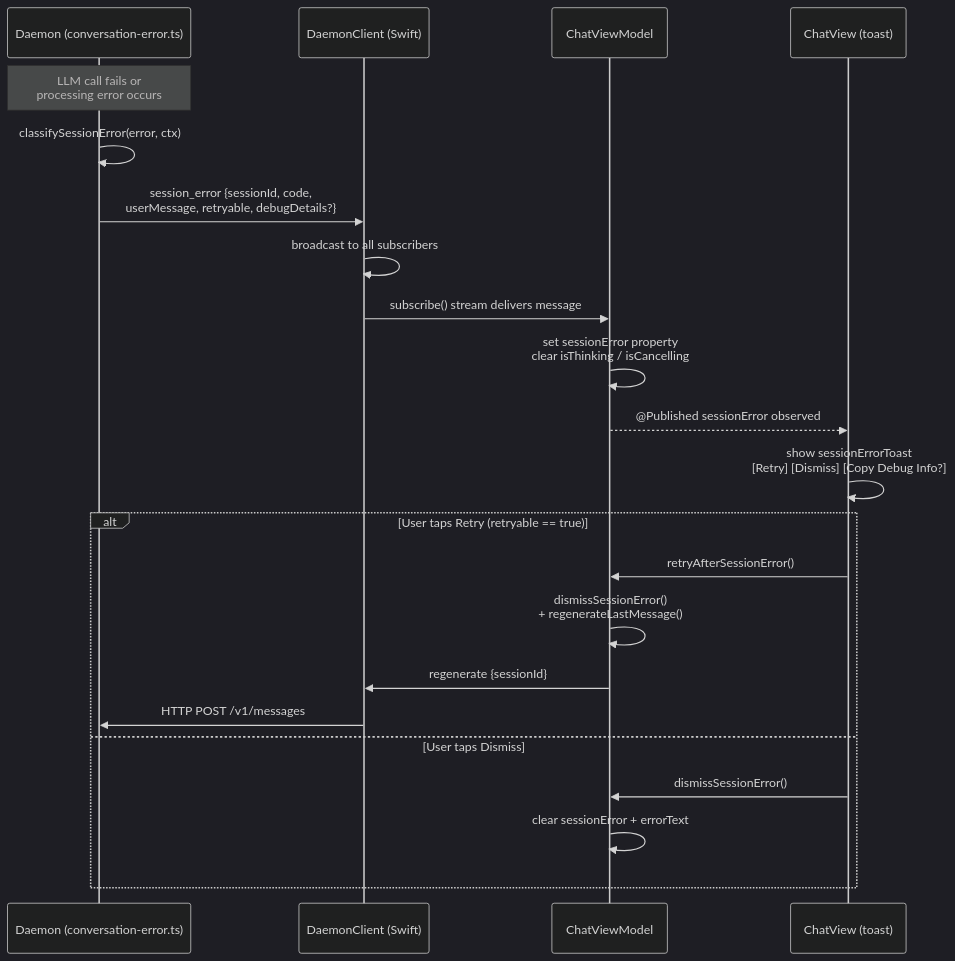
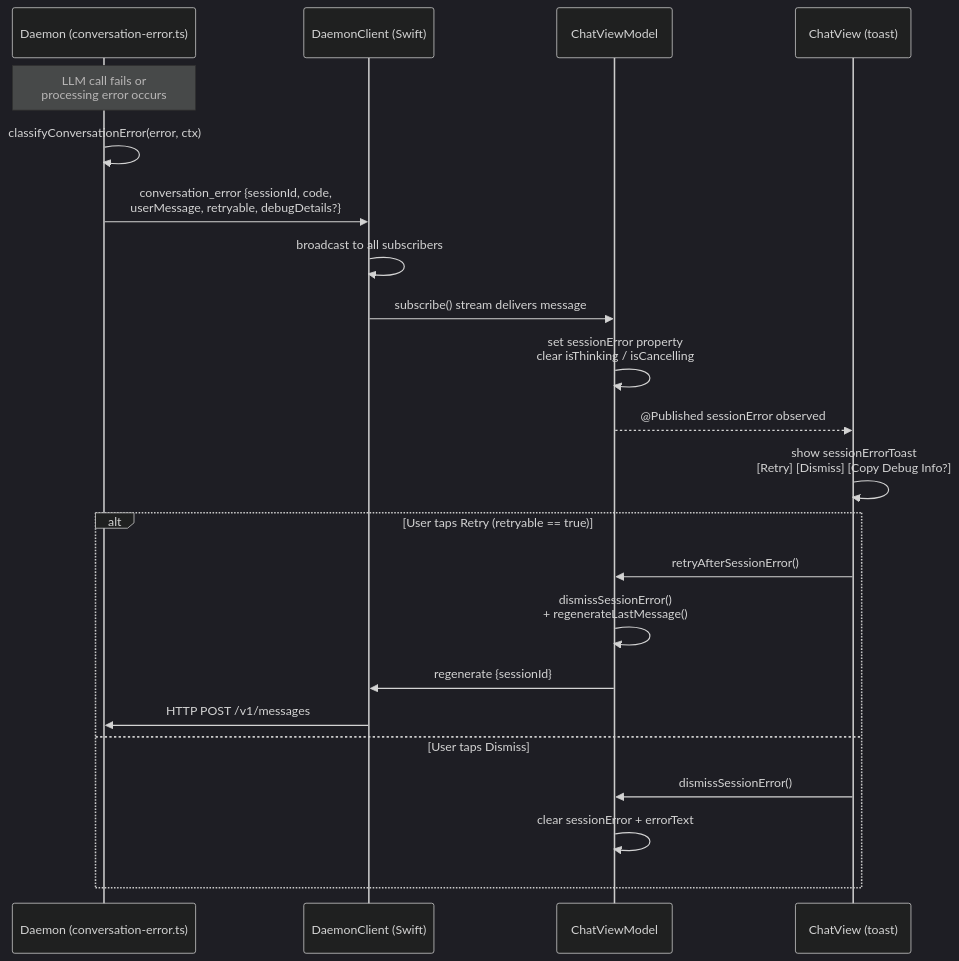
The third of 17 diagrams in assistant/ARCHITECTURE.md (vellum-ai/vellum-assistant), drawn with Mermaid (dark theme) before and after one commit. The commit also changed other lines of this file and 4 other files, not shown here.

Commit message:
docs: update ARCHITECTURE.md and README references for session/thread→conversation renames

````diff
--- a/assistant/ARCHITECTURE.md
+++ b/assistant/ARCHITECTURE.md
@@ -820,27 +820,27 @@
 ```mermaid
 sequenceDiagram
     participant Daemon as Daemon (conversation-error.ts)
     participant DC as DaemonClient (Swift)
     participant VM as ChatViewModel
     participant UI as ChatView (toast)
 
     Note over Daemon: LLM call fails or<br/>processing error occurs
-    Daemon->>Daemon: classifySessionError(error, ctx)
-    Daemon->>DC: session_error {sessionId, code,<br/>userMessage, retryable, debugDetails?}
+    Daemon->>Daemon: classifyConversationError(error, ctx)
+    Daemon->>DC: conversation_error {sessionId, code,<br/>userMessage, retryable, debugDetails?}
     DC->>DC: broadcast to all subscribers
     DC->>VM: subscribe() stream delivers message
     VM->>VM: set sessionError property<br/>clear isThinking / isCancelling
     VM-->>UI: @Published sessionError observed
 
     UI->>UI: show sessionErrorToast<br/>[Retry] [Dismiss] [Copy Debug Info?]
 
     alt User taps Retry (retryable == true)
         UI->>VM: retryAfterSessionError()
         VM->>VM: dismissSessionError()<br/>+ regenerateLastMessage()
         VM->>DC: regenerate {sessionId}
         DC->>Daemon: HTTP POST /v1/messages
     else User taps Dismiss
         UI->>VM: dismissSessionError()
         VM->>VM: clear sessionError + errorText
     end
 ```
````
